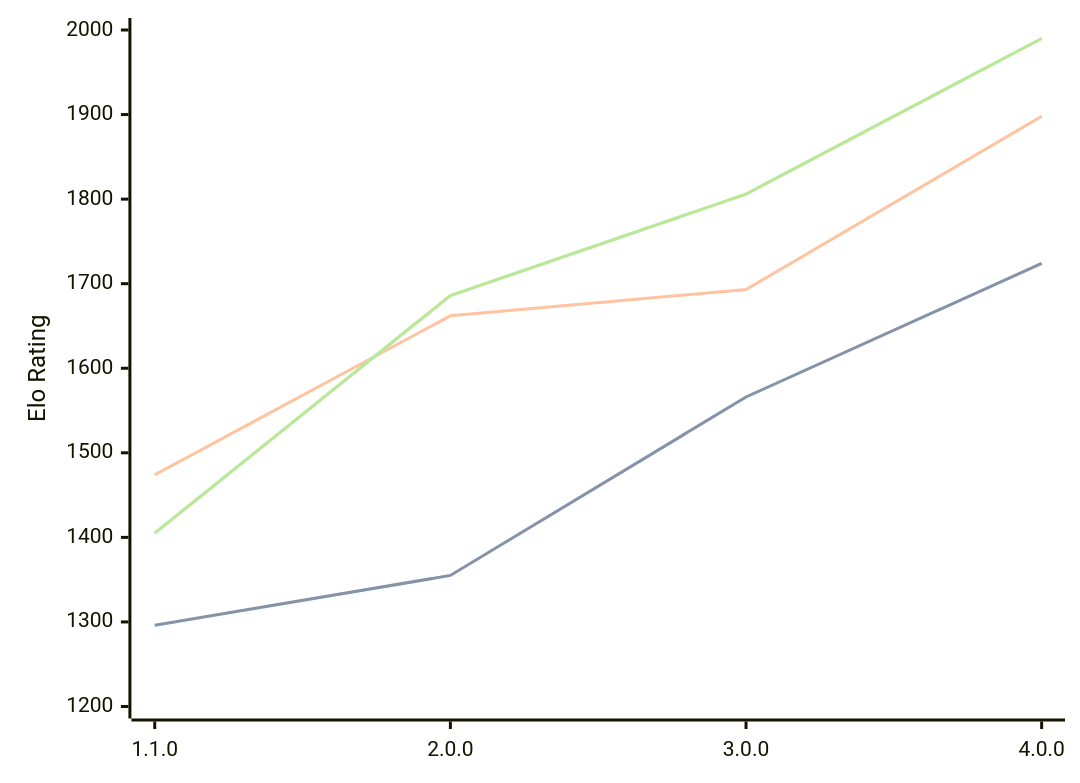
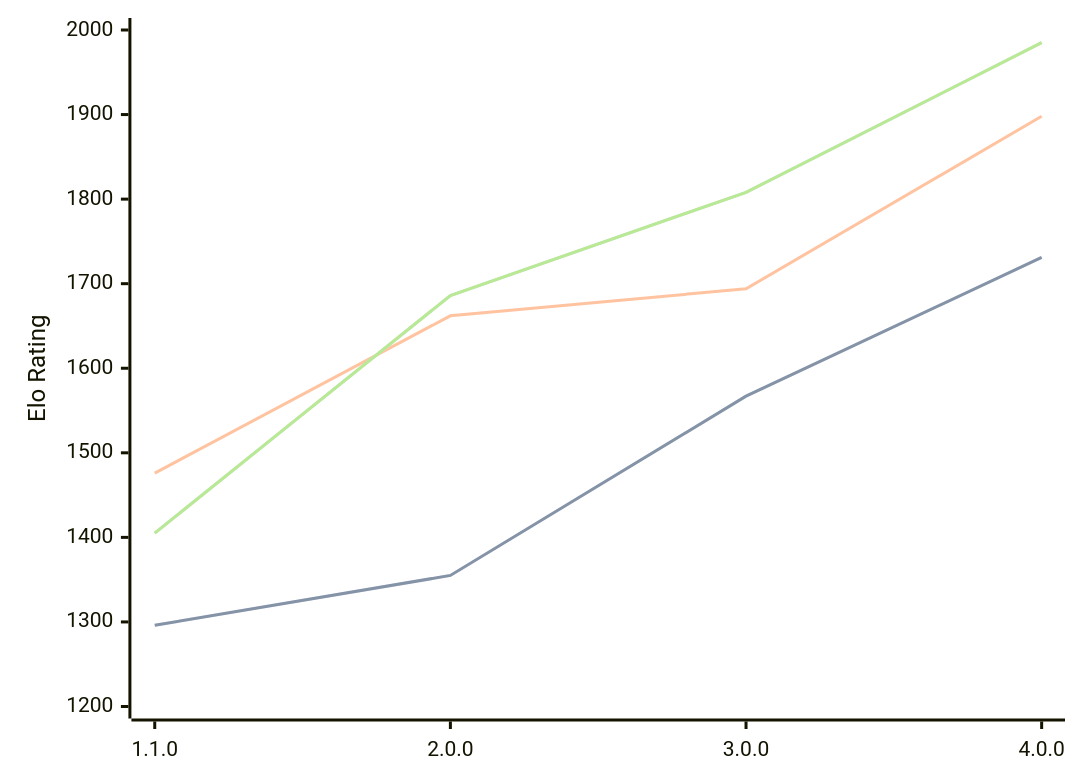
Before and after one commit to computer-chess-index/cci: the diagram in engines/Laura.md, drawn with Mermaid. The commit also changed other lines of this file, not shown here.

Commit message:
Update CCI Ratings (ELO VLTC) - 2026-08-21

````diff
--- a/engines/Laura.md
+++ b/engines/Laura.md
@@ -34,11 +34,11 @@
 ```mermaid
 %%{init: {"theme":"base","themeVariables":{"seriesColors:['#a3a3a3','#222221','#faa371']}}}%%
 xychart-beta
   x-axis ["1.1.0", "2.0.0", "3.0.0", "4.0.0"]
   y-axis "Elo Rating" 1200 --> 2000
-  line "STC (8.0+0.08s)" [1296, 1355, 1566, 1724]
-  line "STC (8.0+0.08s)" [1296, 1355, 1566, 1724]
-  line "LTC (60.0+0.60s)" [1474, 1662, 1693, 1898]
-  line "VLTC (2m24s+1.12s)" [1405, 1686, 1806, 1990]
-  line "VLTC (2m24s+1.12s)" [1405, 1686, 1806, 1990]
+  line "STC (8.0+0.08s)" [1296, 1355, 1567, 1731]
+  line "STC (8.0+0.08s)" [1296, 1355, 1567, 1731]
+  line "LTC (60.0+0.60s)" [1476, 1662, 1694, 1898]
+  line "VLTC (2m24s+1.12s)" [1405, 1686, 1808, 1985]
+  line "VLTC (2m24s+1.12s)" [1405, 1686, 1808, 1985]
 ```
````
